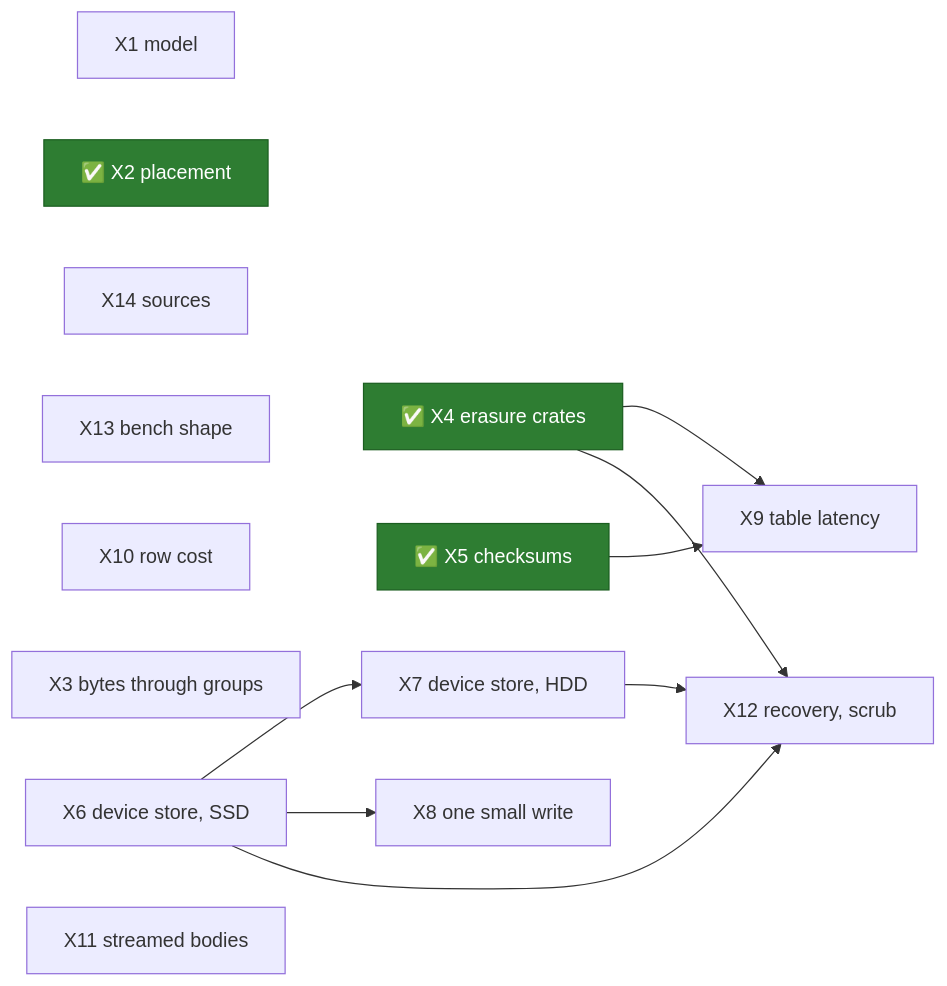
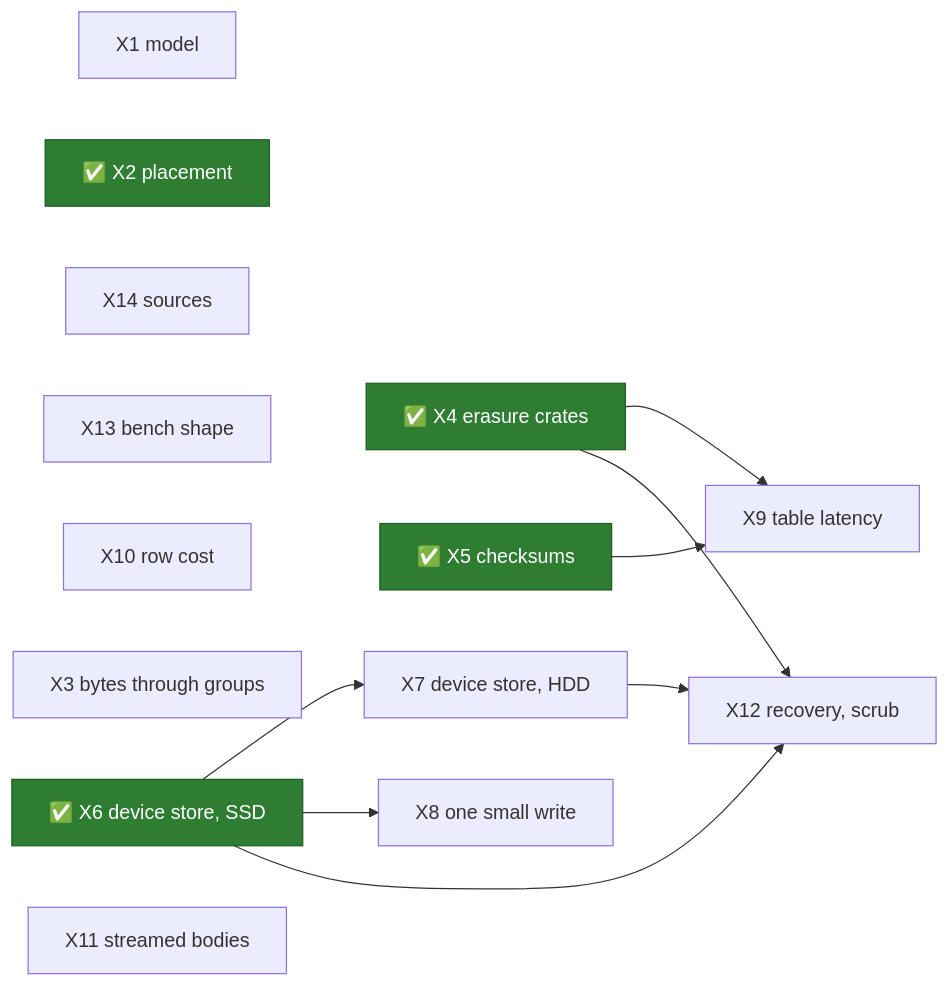
One commit to mjcarson/shoal changed the diagram in docs/src/object-storage/spikes.md. Above: the diagram before and after it, drawn with Mermaid. The commit also changed other lines of this file and 104 other files, not shown here.

````diff
--- a/docs/src/object-storage/spikes.md
+++ b/docs/src/object-storage/spikes.md
@@ -681,25 +694,25 @@
 ```mermaid
 flowchart LR
     classDef done fill:#2e7d32,stroke:#1b5e20,color:#ffffff
     X1["X1 model"]
     X2["✅ X2 placement"]:::done
     X14["X14 sources"]
     X13["X13 bench shape"]
     X10["X10 row cost"]
     X3["X3 bytes through groups"]
     X4["✅ X4 erasure crates"]:::done
     X5["✅ X5 checksums"]:::done
-    X6["X6 device store, SSD"]
+    X6["✅ X6 device store, SSD"]:::done
     X7["X7 device store, HDD"]
     X8["X8 one small write"]
     X9["X9 table latency"]
     X11["X11 streamed bodies"]
     X12["X12 recovery, scrub"]
     X4 --> X9
     X5 --> X9
     X6 --> X7
     X6 --> X8
     X4 --> X12
     X6 --> X12
     X7 --> X12
 ```
````
